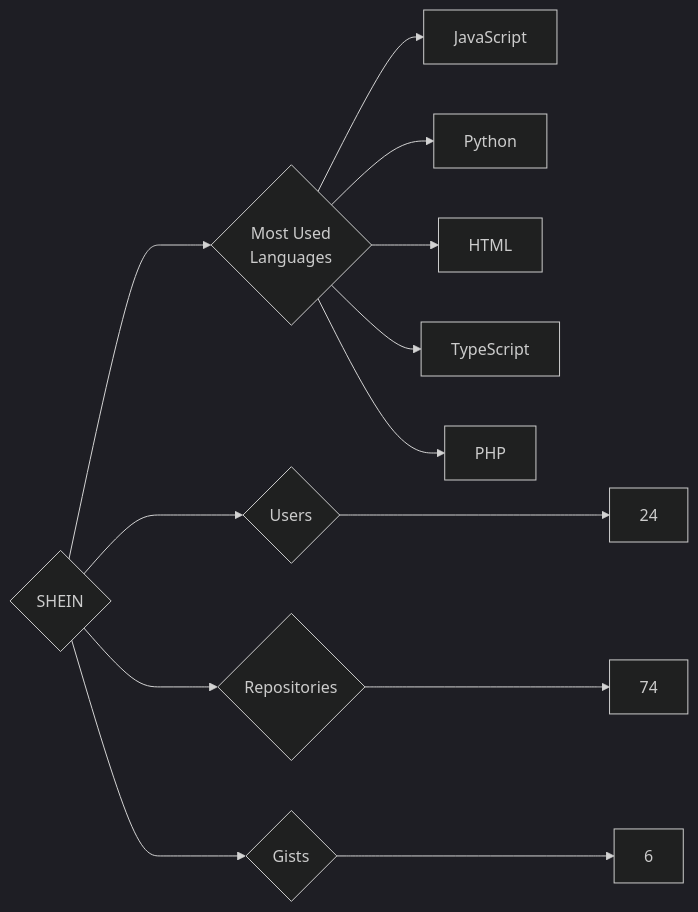
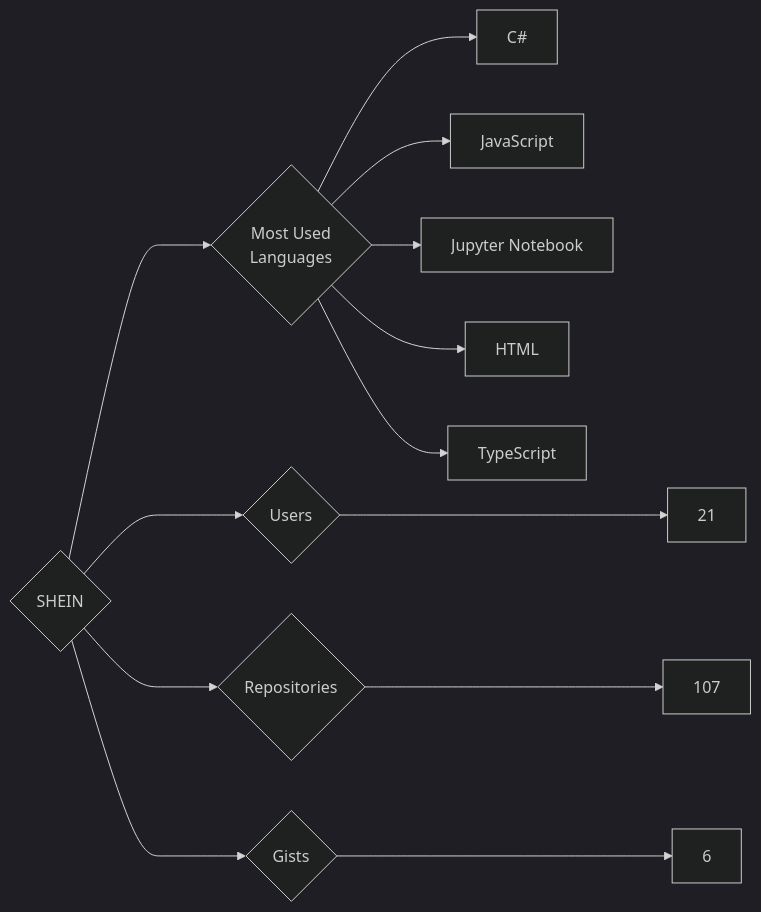
Before and after one commit to trickest/insiders: the diagram in targets/SHEIN/README.md, drawn with Mermaid (dark theme). The commit also changed 823 other files, not shown here.

````diff
--- a/targets/SHEIN/README.md
+++ b/targets/SHEIN/README.md
@@ -3,13 +3,13 @@
 ```mermaid
 graph LR
 COMPANY_NAME{SHEIN}
-COMPANY_NAME ---> U{Users} ---> UN[24]
-COMPANY_NAME ---> R{Repositories} ---> RN[74]
+COMPANY_NAME ---> U{Users} ---> UN[21]
+COMPANY_NAME ---> R{Repositories} ---> RN[107]
 COMPANY_NAME ---> G{Gists} ---> GN[6]
 COMPANY_NAME ---> ML{Most Used<br>Languages}
+ML --> C#[C#]
 ML --> JavaScript[JavaScript]
-ML --> Python[Python]
+ML --> Jupyter_Notebook[Jupyter Notebook]
 ML --> HTML[HTML]
 ML --> TypeScript[TypeScript]
-ML --> PHP[PHP]
 ```
````
